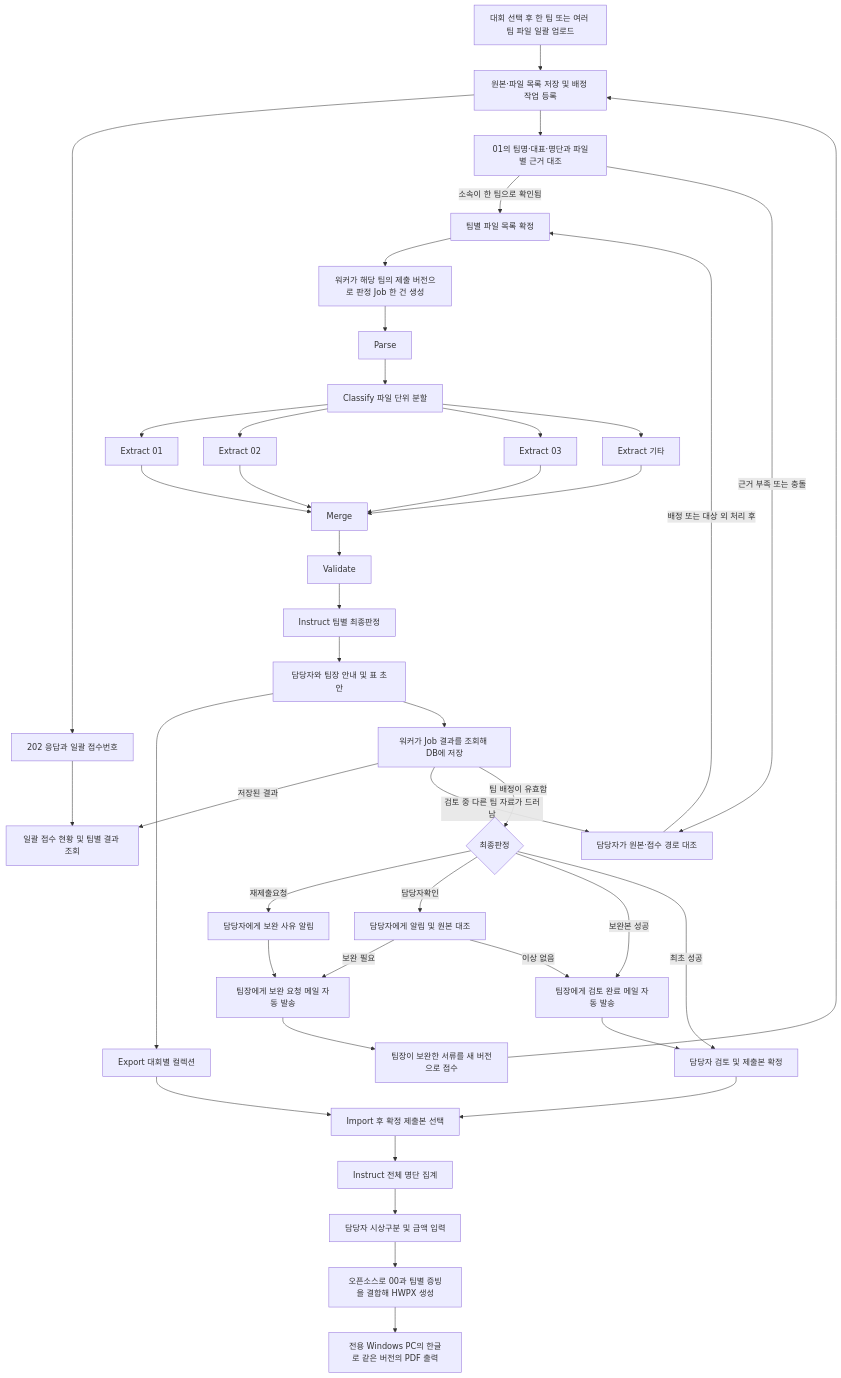
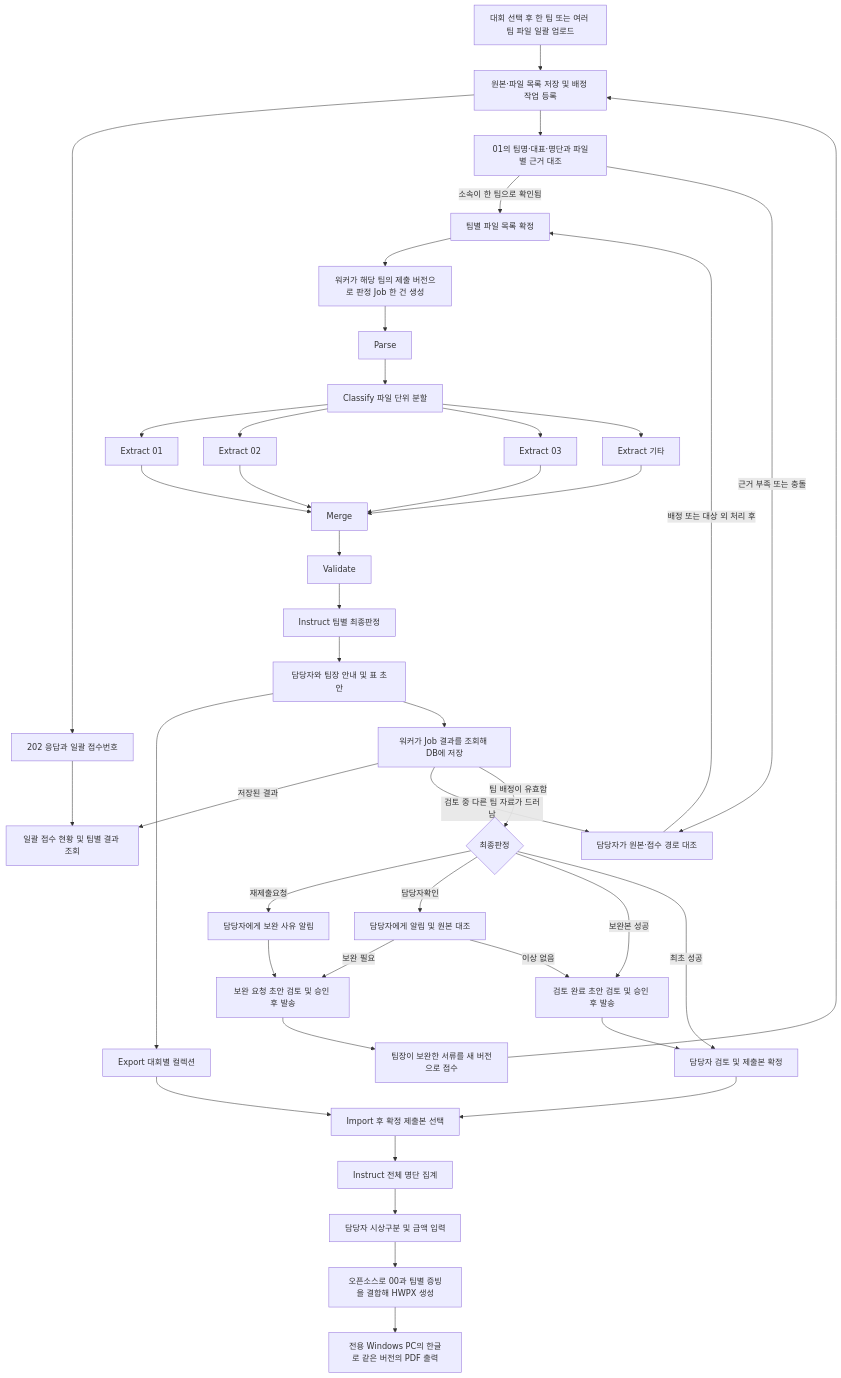
One commit to 2026-x-Upstage-AI-Agent-team/SW-AX changed the diagram in PROJECT_PLAN.md. Above: the diagram before and after it, drawn with Mermaid. The commit also changed other lines of this file and 33 other files, not shown here.

````diff
--- a/PROJECT_PLAN.md
+++ b/PROJECT_PLAN.md
@@ -95,45 +96,45 @@
 ```mermaid
 flowchart TD
     A[대회 선택 후 한 팀 또는 여러 팀 파일 일괄 업로드] --> AB[원본·파일 목록 저장 및 배정 작업 등록]
     AB --> AC[202 응답과 일괄 접수번호]
     AC --> AD[일괄 접수 현황 및 팀별 결과 조회]
     AB --> Y[01의 팀명·대표·명단과 파일별 근거 대조]
     Y -->|소속이 한 팀으로 확인됨| READY[팀별 파일 목록 확정]
     Y -->|근거 부족 또는 충돌| HOLD[담당자가 원본·접수 경로 대조]
     HOLD -->|배정 또는 대상 외 처리 후| READY
     READY --> Z[워커가 해당 팀의 제출 버전으로 판정 Job 한 건 생성]
     Z --> B[Parse]
     B --> C[Classify 파일 단위 분할]
     C --> D[Extract 01]
     C --> E[Extract 02]
     C --> F[Extract 03]
     C --> G[Extract 기타]
     D --> H[Merge]
     E --> H
     F --> H
     G --> H
     H --> I[Validate]
     I --> J[Instruct 팀별 최종판정]
     J --> X[담당자와 팀장 안내 및 표 초안]
     X --> K[Export 대회별 컬렉션]
     X --> AA[워커가 Job 결과를 조회해 DB에 저장]
     AA -->|저장된 결과| AD
     AA -->|검토 중 다른 팀 자료가 드러남| HOLD
     AA -->|팀 배정이 유효함| Q{최종판정}
     Q -->|재제출요청| R[담당자에게 보완 사유 알림]
-    R --> S[팀장에게 보완 요청 메일 자동 발송]
+    R --> S[보완 요청 초안 검토 및 승인 후 발송]
     S --> T[팀장이 보완한 서류를 새 버전으로 접수]
     T --> AB
     Q -->|담당자확인| U[담당자에게 알림 및 원본 대조]
     U -->|보완 필요| S
-    U -->|이상 없음| W[팀장에게 검토 완료 메일 자동 발송]
+    U -->|이상 없음| W[검토 완료 초안 검토 및 승인 후 발송]
     Q -->|보완본 성공| W
     Q -->|최초 성공| L[담당자 검토 및 제출본 확정]
     W --> L
     L --> M[Import 후 확정 제출본 선택]
     K --> M
     M --> N[Instruct 전체 명단 집계]
     N --> O[담당자 시상구분 및 금액 입력]
     O --> P[오픈소스로 00과 팀별 증빙을 결합해 HWPX 생성]
     P --> PDF[전용 Windows PC의 한글로 같은 버전의 PDF 출력]
 ```
````
